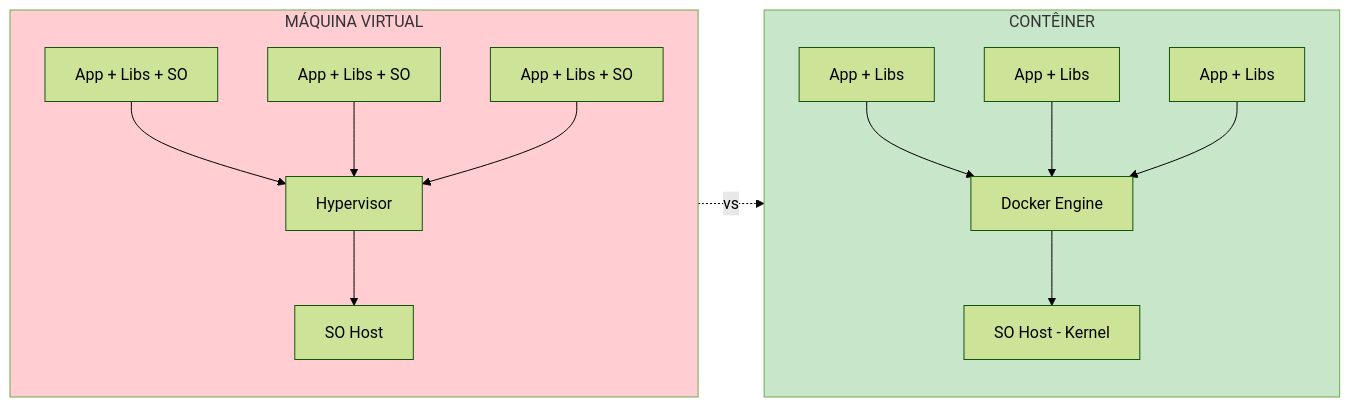
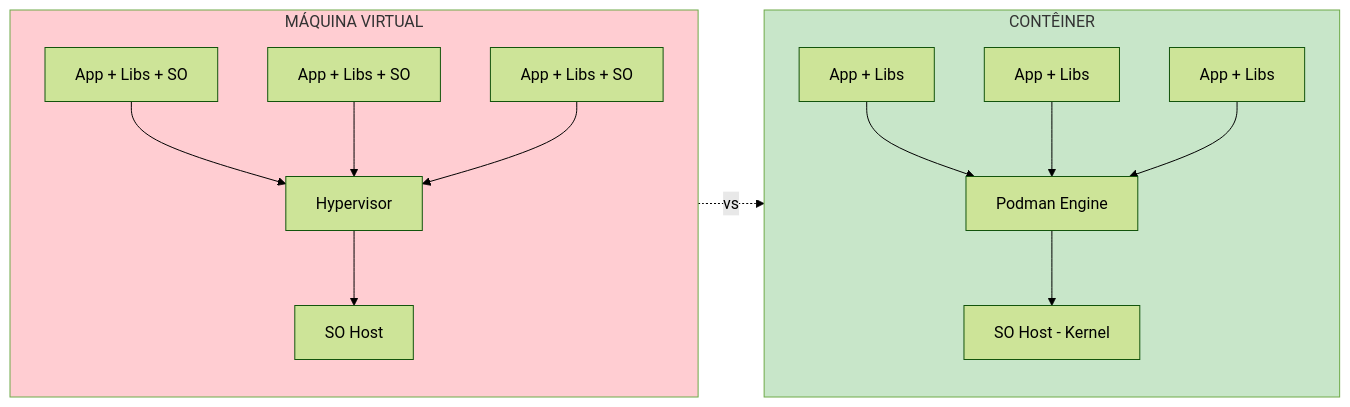
The third of 3 diagrams in dia-00/guia-docker.md (deusemarjunior/trein-java-intermed), drawn with Mermaid (forest theme) before and after one commit. The commit also changed other lines of this file and 100 other files, not shown here.

Commit message:
removendo docker adicionando podman

````diff
--- a/dia-00/guia-docker.md
+++ b/dia-00/guia-docker.md
@@ -88,33 +88,33 @@
 ```mermaid
 graph LR
     subgraph VM["MÁQUINA VIRTUAL"]
         direction TB
         V1["App + Libs + SO"]
         V2["App + Libs + SO"]
         V3["App + Libs + SO"]
         VH["Hypervisor"]
         VOS["SO Host"]
         V1 --> VH
         V2 --> VH
         V3 --> VH
         VH --> VOS
     end
     
-    subgraph DOCKER["CONTÊINER"]
+    subgraph PODMAN["CONTÊINER"]
         direction TB
         D1["App + Libs"]
         D2["App + Libs"]
         D3["App + Libs"]
-        DE["Docker Engine"]
+        DE["Podman Engine"]
         DOS["SO Host - Kernel"]
         D1 --> DE
         D2 --> DE
         D3 --> DE
         DE --> DOS
     end
     
-    VM -.vs.-> DOCKER
+    VM -.vs.-> PODMAN
     
     style VM fill:#ffcdd2
-    style DOCKER fill:#c8e6c9
+    style PODMAN fill:#c8e6c9
 ```
````
